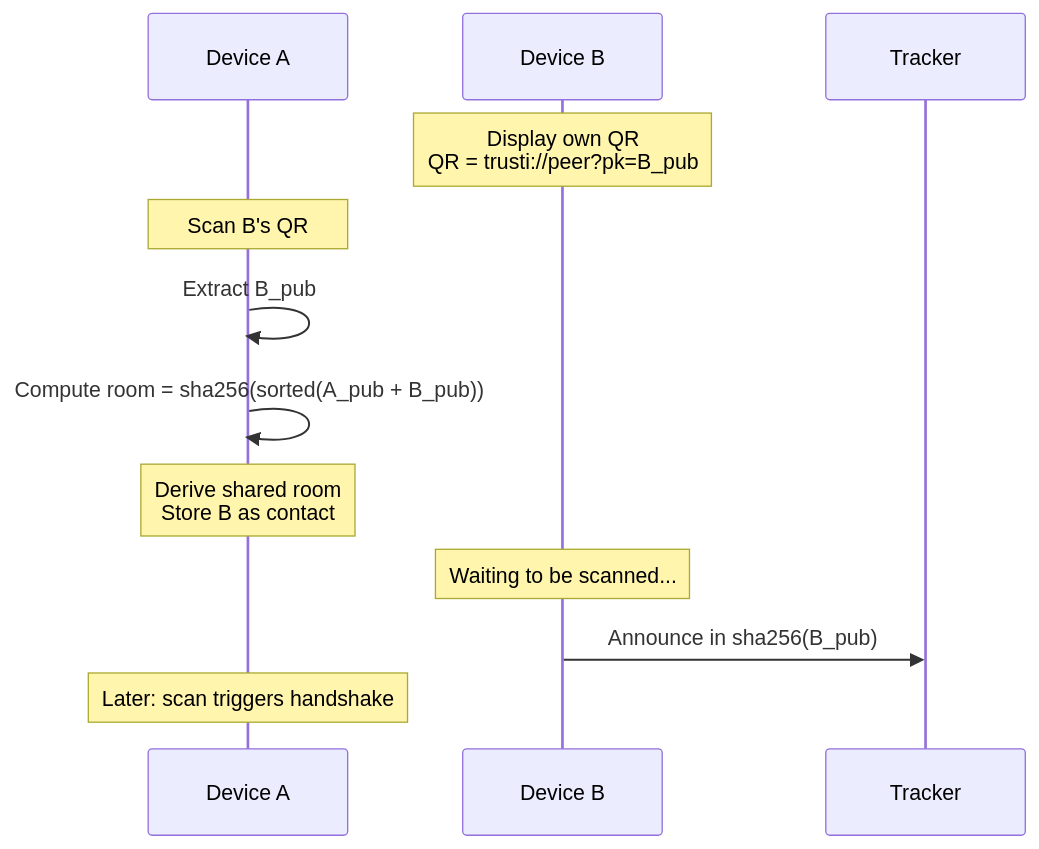
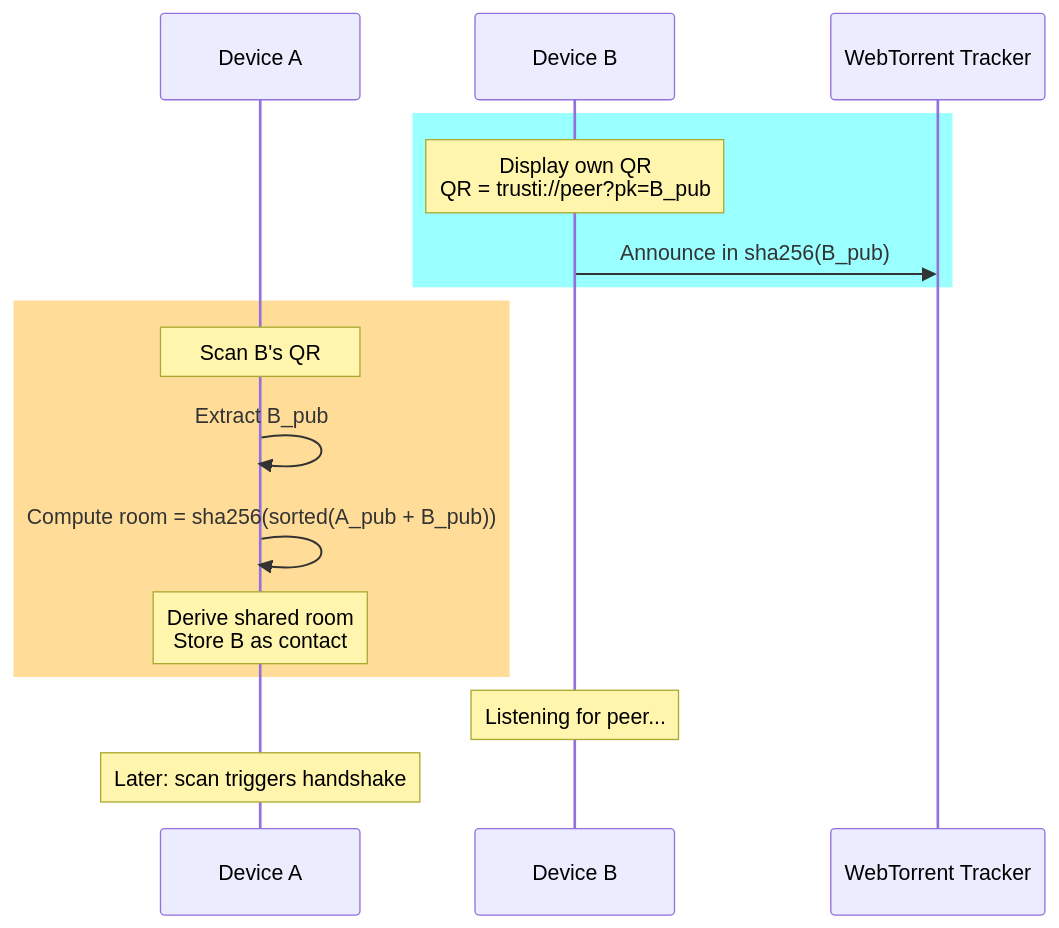
The second of 8 diagrams in README.md (davidevecchi/TruSTI), drawn with Mermaid before and after one commit. The commit also changed other lines of this file, not shown here.

````diff
--- a/README.md
+++ b/README.md
@@ -95,13 +95,21 @@
 ```mermaid
 sequenceDiagram
     participant A as Device A
     participant B as Device B
+    participant Tracker as WebTorrent Tracker
+
+    rect rgba(0, 255, 255, 0.4)
     Note over B: Display own QR<br/>QR = trusti://peer?pk=B_pub
+    B->>Tracker: Announce in sha256(B_pub)
+    end
+
+    rect rgba(255, 170, 0, 0.4)
     Note over A: Scan B's QR
     A->>A: Extract B_pub
     A->>A: Compute room = sha256(sorted(A_pub + B_pub))
     Note over A: Derive shared room<br/>Store B as contact
-    Note over B: Waiting to be scanned...
-    B->>Tracker: Announce in sha256(B_pub)
+    end
+
+    Note over B: Listening for peer...
     Note over A: Later: scan triggers handshake
 ```
````
